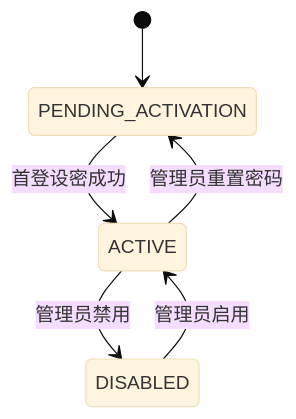
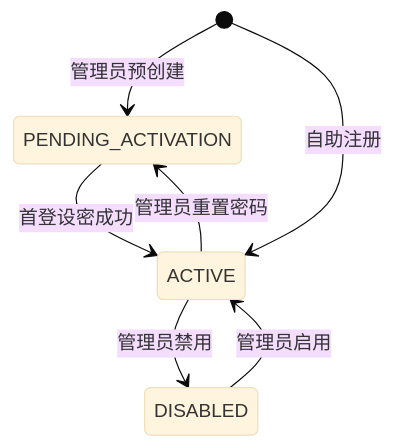
The diagram in .specs/features/auth/data-model.md (yachi666/support-roster-server), drawn with Mermaid (base theme) before and after one commit. The commit also changed other lines of this file and 12 other files, not shown here.

````diff
--- a/.specs/features/auth/data-model.md
+++ b/.specs/features/auth/data-model.md
@@ -51,8 +51,9 @@
 ```mermaid
 stateDiagram-v2
-    [*] --> PENDING_ACTIVATION
+    [*] --> PENDING_ACTIVATION: 管理员预创建
     PENDING_ACTIVATION --> ACTIVE: 首登设密成功
+    [*] --> ACTIVE: 自助注册
     ACTIVE --> DISABLED: 管理员禁用
     DISABLED --> ACTIVE: 管理员启用
     ACTIVE --> PENDING_ACTIVATION: 管理员重置密码
 ```
````
